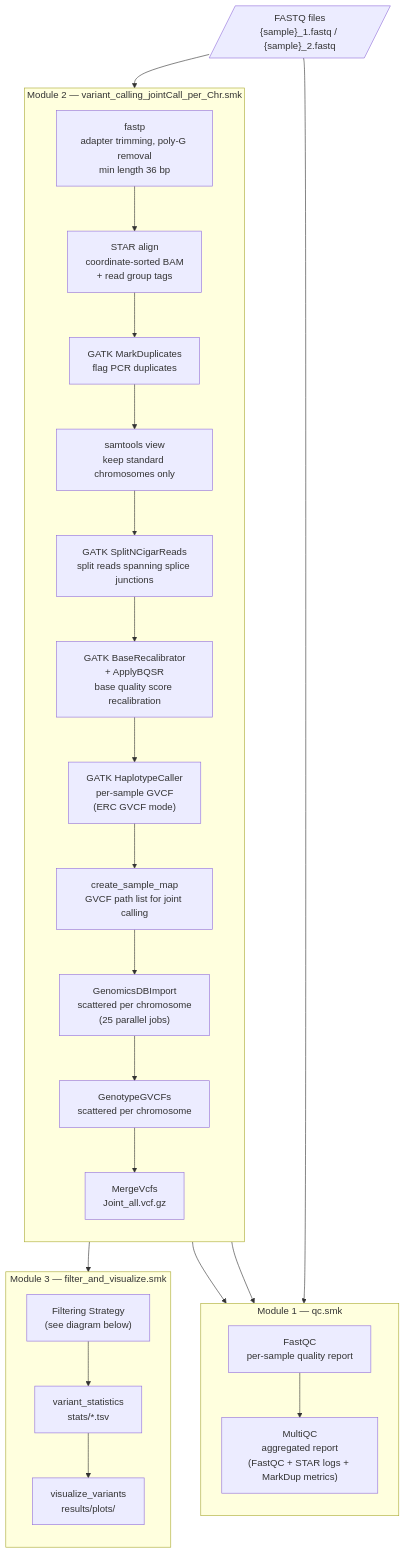
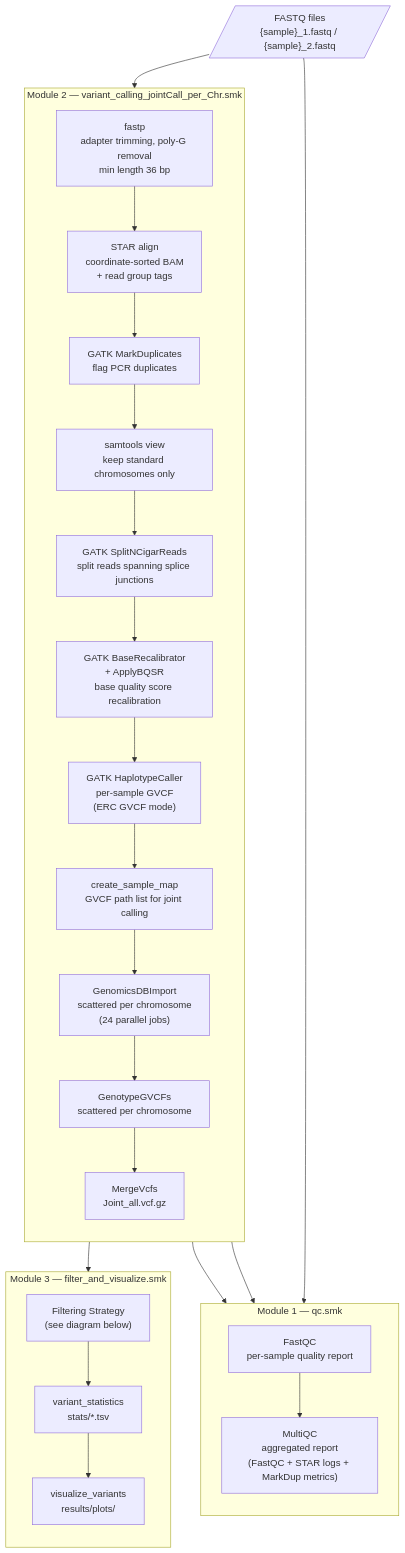
Before and after one commit to ManHUU/snakemake-gatk-rna-workflow: the first of 2 diagrams in README.md, drawn with Mermaid. The commit also changed other lines of this file, not shown here.

````diff
--- a/README.md
+++ b/README.md
@@ -33,42 +35,42 @@
 ```mermaid
 flowchart TD
     FASTQ[/"FASTQ files\n{sample}_1.fastq / {sample}_2.fastq"/]
 
     subgraph QC["Module 1 — qc.smk"]
         direction TB
         QC1["FastQC\nper-sample quality report"]
         QC2["MultiQC\naggregated report\n(FastQC + STAR logs + MarkDup metrics)"]
         QC1 --> QC2
     end
 
     subgraph VC["Module 2 — variant_calling_jointCall_per_Chr.smk"]
         direction TB
         FASTP["fastp\nadapter trimming, poly-G removal\nmin length 36 bp"]
         STAR["STAR align\ncoordinate-sorted BAM\n+ read group tags"]
         MKDUP["GATK MarkDuplicates\nflag PCR duplicates"]
         FILT["samtools view\nkeep standard chromosomes only"]
         SPLIT["GATK SplitNCigarReads\nsplit reads spanning splice junctions"]
         BQSR["GATK BaseRecalibrator\n+ ApplyBQSR\nbase quality score recalibration"]
         HC["GATK HaplotypeCaller\nper-sample GVCF\n(ERC GVCF mode)"]
         MAP["create_sample_map\nGVCF path list for joint calling"]
-        DB["GenomicsDBImport\nscattered per chromosome\n(25 parallel jobs)"]
+        DB["GenomicsDBImport\nscattered per chromosome\n(24 parallel jobs)"]
         GT["GenotypeGVCFs\nscattered per chromosome"]
         MERGE["MergeVcfs\nJoint_all.vcf.gz"]
 
         FASTP --> STAR --> MKDUP --> FILT --> SPLIT --> BQSR --> HC --> MAP --> DB --> GT --> MERGE
     end
 
     subgraph FV["Module 3 — filter_and_visualize.smk"]
         direction TB
         FILTERING["Filtering Strategy\n(see diagram below)"]
         STATS["variant_statistics\nstats/*.tsv"]
         VIZ["visualize_variants\nresults/plots/"]
         FILTERING --> STATS --> VIZ
     end
 
     FASTQ --> QC1
     FASTQ --> FASTP
     STAR --> QC2
     MKDUP --> QC2
     MERGE --> FILTERING
 ```
````
